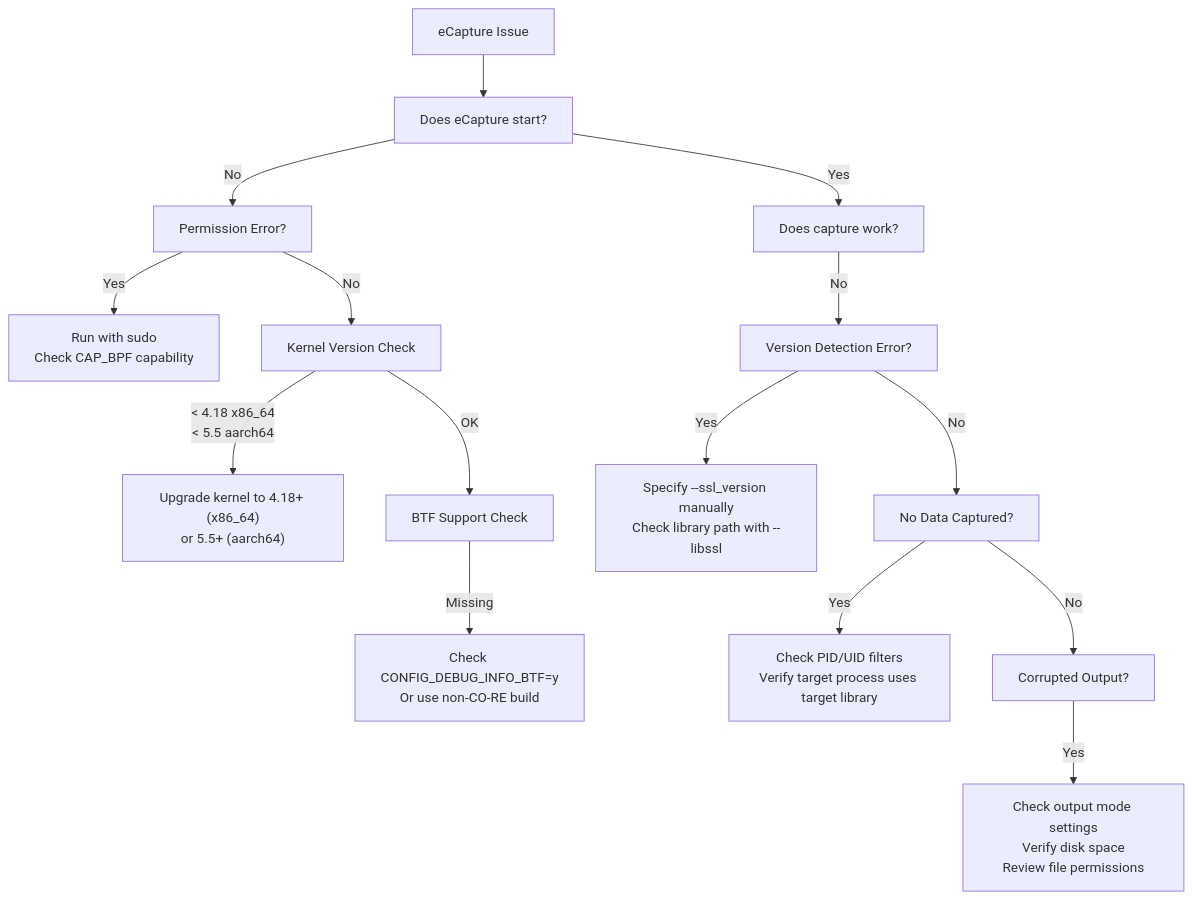
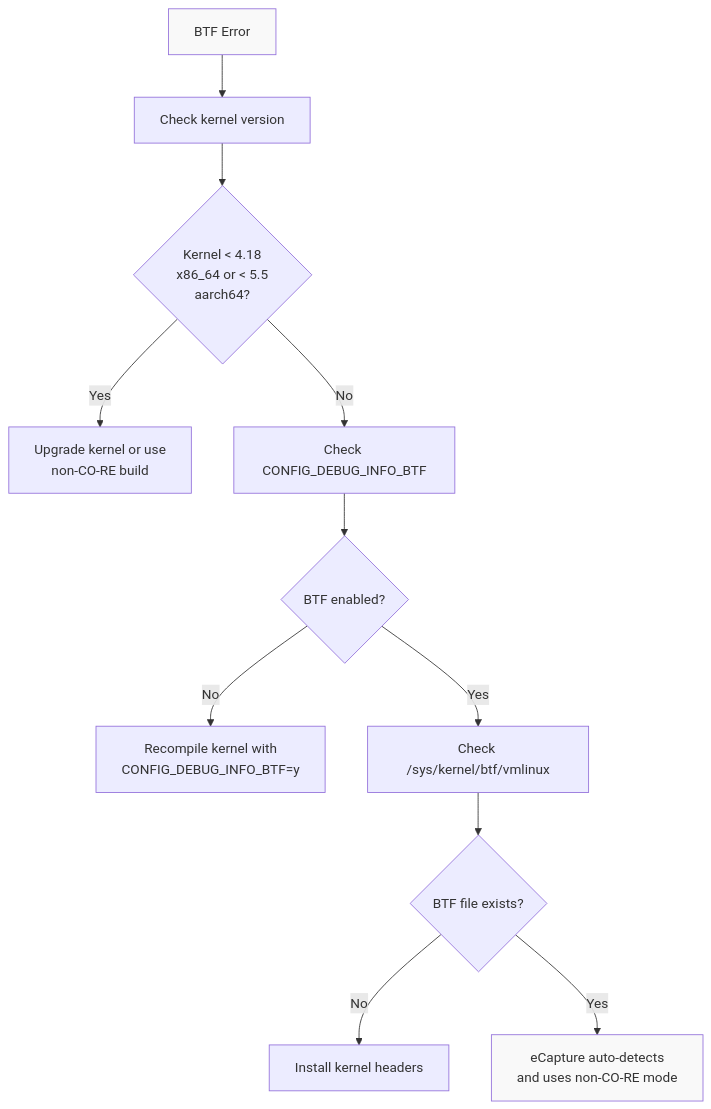
Before and after one commit to gojue/ecapture.cc: the first of 10 diagrams in src/en/6-troubleshooting-and-faq/index.md, drawn with Mermaid. The commit also changed other lines of this file and 115 other files, not shown here.

````diff
--- a/src/en/6-troubleshooting-and-faq/index.md
+++ b/src/en/6-troubleshooting-and-faq/index.md
@@ -28,38 +44,16 @@
 ```mermaid
 graph TB
-    START["eCapture Issue"]
+    Start["BTF Error"] --> CheckKernel["Check kernel version"]
+    CheckKernel --> IsOld{Kernel < 4.18<br/>x86_64 or < 5.5<br/>aarch64?}
+    IsOld -->|Yes| Upgrade["Upgrade kernel or use<br/>non-CO-RE build"]
+    IsOld -->|No| CheckConfig["Check CONFIG_DEBUG_INFO_BTF"]
+    CheckConfig --> ConfigOK{BTF enabled?}
+    ConfigOK -->|No| Recompile["Recompile kernel with<br/>CONFIG_DEBUG_INFO_BTF=y"]
+    ConfigOK -->|Yes| CheckFiles["Check /sys/kernel/btf/vmlinux"]
+    CheckFiles --> FilesExist{BTF file exists?}
+    FilesExist -->|No| InstallHeaders["Install kernel headers"]
+    FilesExist -->|Yes| AutoDetect["eCapture auto-detects<br/>and uses non-CO-RE mode"]
     
-    STARTS["Does eCapture start?"]
-    PERM["Permission Error?"]
-    KERNEL["Kernel Version Check"]
-    BTF["BTF Support Check"]
-    
-    CAPTURE["Does capture work?"]
-    VERSION["Version Detection Error?"]
-    NODATA["No Data Captured?"]
-    CORRUPT["Corrupted Output?"]
-    
-    PERM_FIX["Run with sudo<br/>Check CAP_BPF capability"]
-    KERNEL_FIX["Upgrade kernel to 4.18+ (x86_64)<br/>or 5.5+ (aarch64)"]
-    BTF_FIX["Check CONFIG_DEBUG_INFO_BTF=y<br/>Or use non-CO-RE build"]
-    
-    VERSION_FIX["Specify --ssl_version manually<br/>Check library path with --libssl"]
-    NODATA_FIX["Check PID/UID filters<br/>Verify target process uses target library"]
-    CORRUPT_FIX["Check output mode settings<br/>Verify disk space<br/>Review file permissions"]
-    
-    START --> STARTS
-    STARTS -->|No| PERM
-    PERM -->|Yes| PERM_FIX
-    PERM -->|No| KERNEL
-    KERNEL -->|< 4.18 x86_64<br/>< 5.5 aarch64| KERNEL_FIX
-    KERNEL -->|OK| BTF
-    BTF -->|Missing| BTF_FIX
-    
-    STARTS -->|Yes| CAPTURE
-    CAPTURE -->|No| VERSION
-    VERSION -->|Yes| VERSION_FIX
-    VERSION -->|No| NODATA
-    NODATA -->|Yes| NODATA_FIX
-    NODATA -->|No| CORRUPT
-    CORRUPT -->|Yes| CORRUPT_FIX
+    style Start fill:#f9f9f9
+    style AutoDetect fill:#f9f9f9
 ```
````
